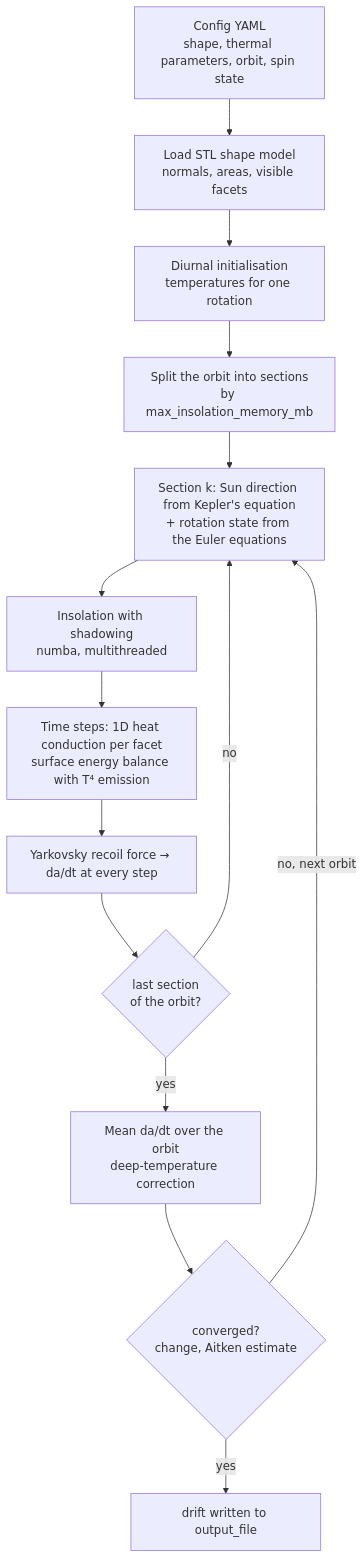
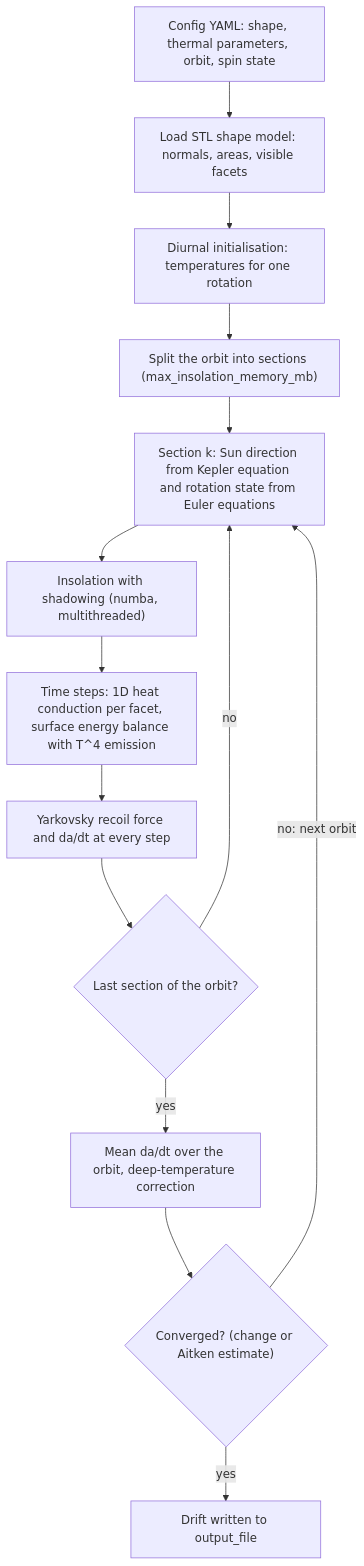
The diagram in README.md (dusanmarceta/Jarkovsky-Tumbling), drawn with Mermaid before and after one commit. The commit also changed other lines of this file and 1 other file, not shown here.

Commit message:
Fix README rendering on GitHub
- Add documentation/readme/geometry.svg (force-added, *.svg is in .gitignore).
- Remove \, from the math (GitHub markdown turns it into a comma).
- Quote all mermaid labels.

````diff
--- a/README.md
+++ b/README.md
@@ -42,16 +42,16 @@
 ```mermaid
 flowchart TD
-    A[Config YAML<br/>shape, thermal parameters, orbit, spin state] --> B[Load STL shape model<br/>normals, areas, visible facets]
-    B --> C[Diurnal initialisation<br/>temperatures for one rotation]
-    C --> D[Split the orbit into sections<br/>by max_insolation_memory_mb]
-    D --> E[Section k: Sun direction from Kepler's equation<br/>+ rotation state from the Euler equations]
-    E --> F[Insolation with shadowing<br/>numba, multithreaded]
-    F --> G[Time steps: 1D heat conduction per facet<br/>surface energy balance with T⁴ emission]
-    G --> H[Yarkovsky recoil force → da/dt at every step]
-    H --> I{last section<br/>of the orbit?}
-    I -- no --> E
-    I -- yes --> J[Mean da/dt over the orbit<br/>deep-temperature correction]
-    J --> K{converged?<br/>change, Aitken estimate}
-    K -- no, next orbit --> E
-    K -- yes --> L[drift written to output_file]
+    A["Config YAML: shape, thermal parameters, orbit, spin state"] --> B["Load STL shape model: normals, areas, visible facets"]
+    B --> C["Diurnal initialisation: temperatures for one rotation"]
+    C --> D["Split the orbit into sections (max_insolation_memory_mb)"]
+    D --> E["Section k: Sun direction from Kepler equation and rotation state from Euler equations"]
+    E --> F["Insolation with shadowing (numba, multithreaded)"]
+    F --> G["Time steps: 1D heat conduction per facet, surface energy balance with T^4 emission"]
+    G --> H["Yarkovsky recoil force and da/dt at every step"]
+    H --> I{"Last section of the orbit?"}
+    I -->|no| E
+    I -->|yes| J["Mean da/dt over the orbit, deep-temperature correction"]
+    J --> K{"Converged? (change or Aitken estimate)"}
+    K -->|no: next orbit| E
+    K -->|yes| L["Drift written to output_file"]
 ```
````
